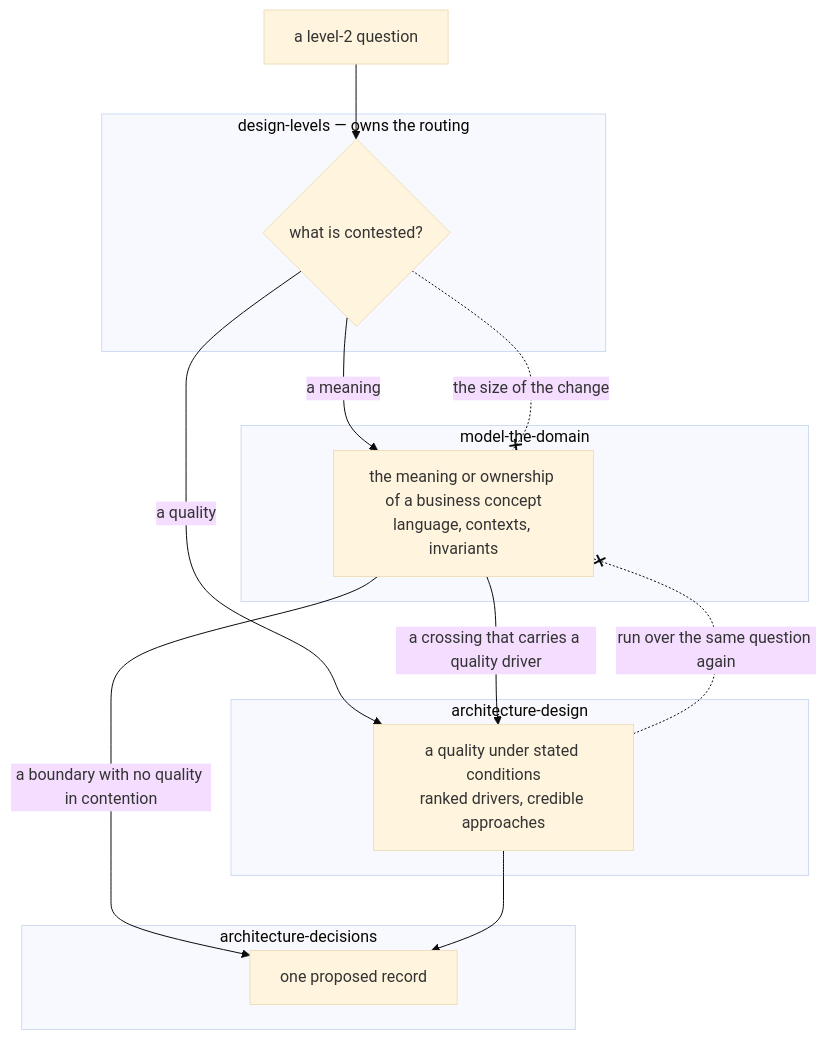
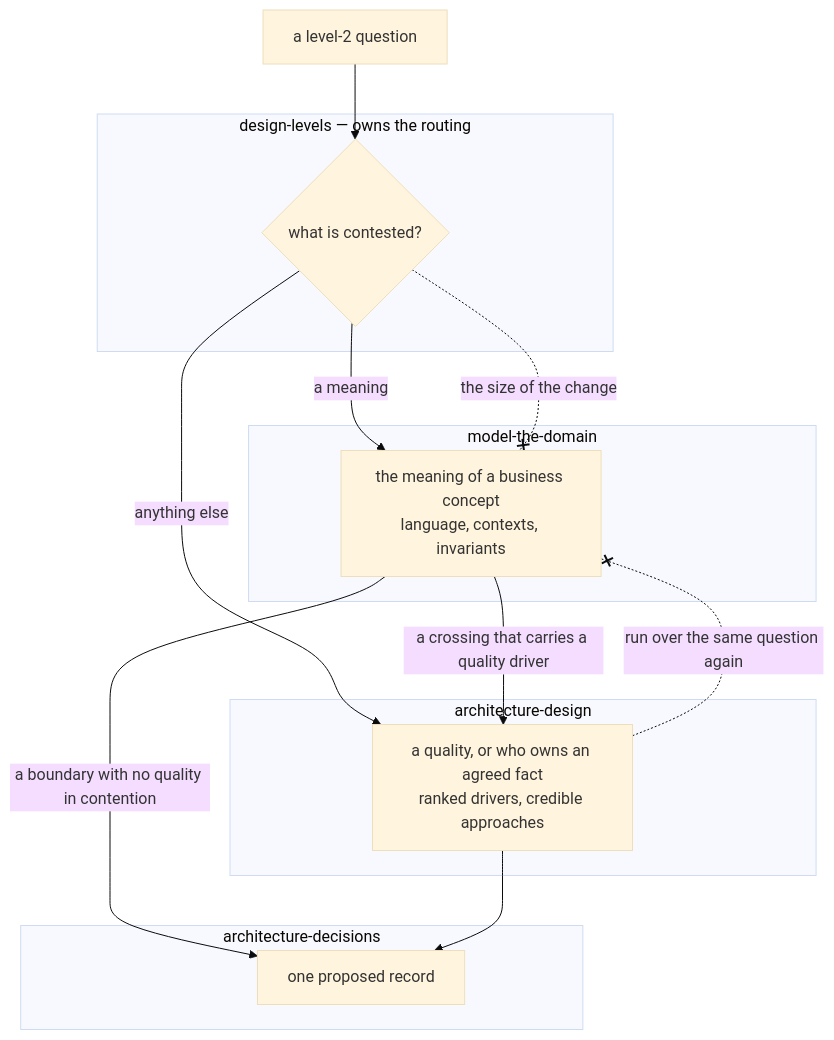
One commit to aamarin/wfctl changed the diagram in docs/architecture/level-2-routes-by-what-is-contested.md. Above: the diagram before and after it, drawn with Mermaid (base theme). The commit also changed other lines of this file and 3 other files, not shown here.

````diff
--- a/docs/architecture/level-2-routes-by-what-is-contested.md
+++ b/docs/architecture/level-2-routes-by-what-is-contested.md
@@ -87,24 +97,24 @@
 ```mermaid
 flowchart TB
     Q["a level-2 question"]
     subgraph dl["design-levels — owns the routing"]
         R{"what is contested?"}
     end
     subgraph mtd["model-the-domain"]
-        M["the meaning or ownership of a business concept<br>language, contexts, invariants"]
+        M["the meaning of a business concept<br>language, contexts, invariants"]
     end
     subgraph ad["architecture-design"]
-        A["a quality under stated conditions<br>ranked drivers, credible approaches"]
+        A["a quality, or who owns an agreed fact<br>ranked drivers, credible approaches"]
     end
     subgraph adr["architecture-decisions"]
         W["one proposed record"]
     end
     Q --> R
     R -->|"a meaning"| M
-    R -->|"a quality"| A
+    R -->|"anything else"| A
     M -->|"a crossing that carries a quality driver"| A
     M -->|"a boundary with no quality in contention"| W
     A --> W
     A -. "run over the same question again" .-x M
     R -. "the size of the change" .-x M
 ```
````
